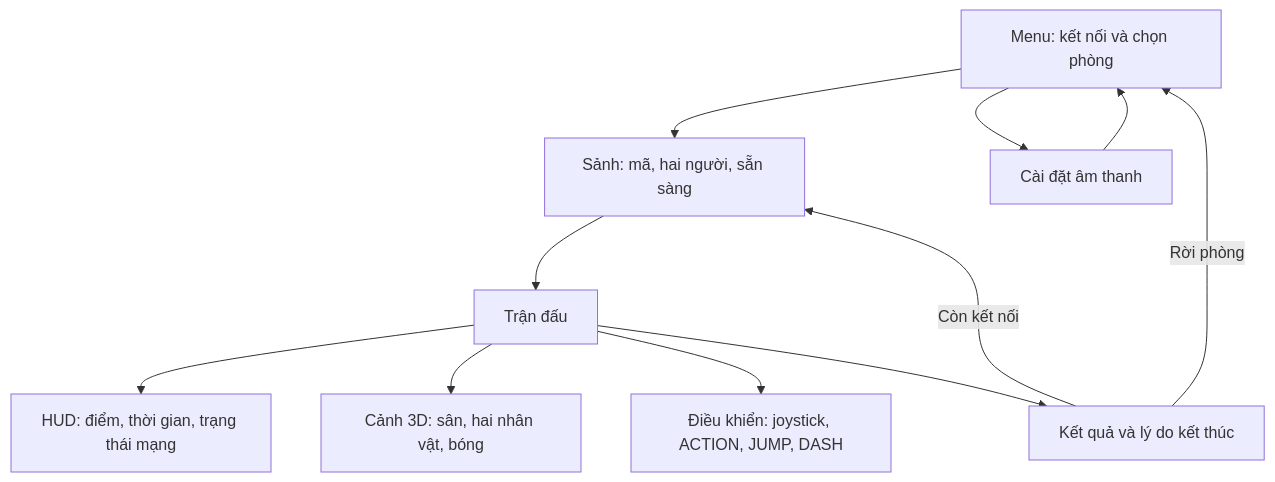
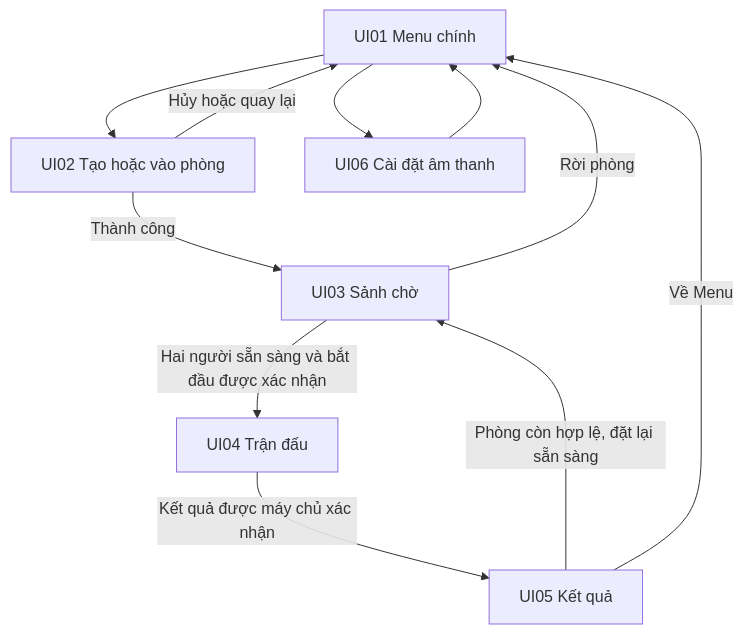
Before and after one commit to QHT2910/LuanVanTotNghiep: the seventh of 7 diagrams in thesis/03-xay-dung-game.md, drawn with Mermaid. The commit also changed other lines of this file and 39 other files, not shown here.

Commit message:
docs: integrate R1 source audit, UML and feasibility evidence

````diff
--- a/thesis/03-xay-dung-game.md
+++ b/thesis/03-xay-dung-game.md
@@ -329,13 +380,13 @@
 ```mermaid
 flowchart TD
-  M[Menu: kết nối và chọn phòng] --> L[Sảnh: mã, hai người, sẵn sàng]
-  L --> G[Trận đấu]
-  G --> H[HUD: điểm, thời gian, trạng thái mạng]
-  G --> V[Cảnh 3D: sân, hai nhân vật, bóng]
-  G --> C[Điều khiển: joystick, ACTION, JUMP, DASH]
-  G --> R[Kết quả và lý do kết thúc]
-  R -->|Còn kết nối| L
-  R -->|Rời phòng| M
-  M --> S[Cài đặt âm thanh]
+  M[UI01 Menu chính] --> F[UI02 Tạo hoặc vào phòng]
+  F -->|Thành công| L[UI03 Sảnh chờ]
+  F -->|Hủy hoặc quay lại| M
+  L -->|Hai người sẵn sàng và bắt đầu được xác nhận| G[UI04 Trận đấu]
+  L -->|Rời phòng| M
+  G -->|Kết quả được máy chủ xác nhận| R[UI05 Kết quả]
+  R -->|Phòng còn hợp lệ, đặt lại sẵn sàng| L
+  R -->|Về Menu| M
+  M --> S[UI06 Cài đặt âm thanh]
   S --> M
 ```
````
